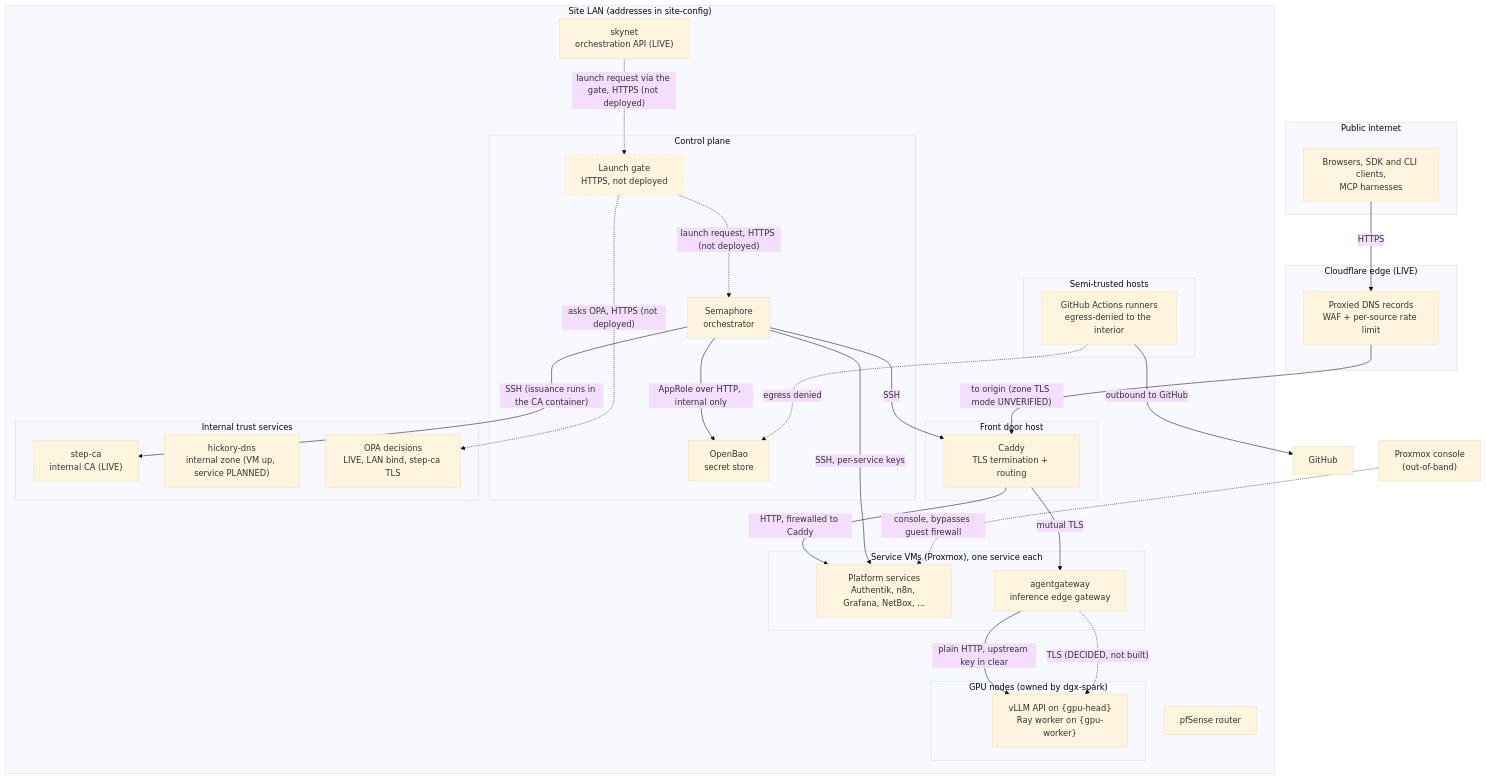
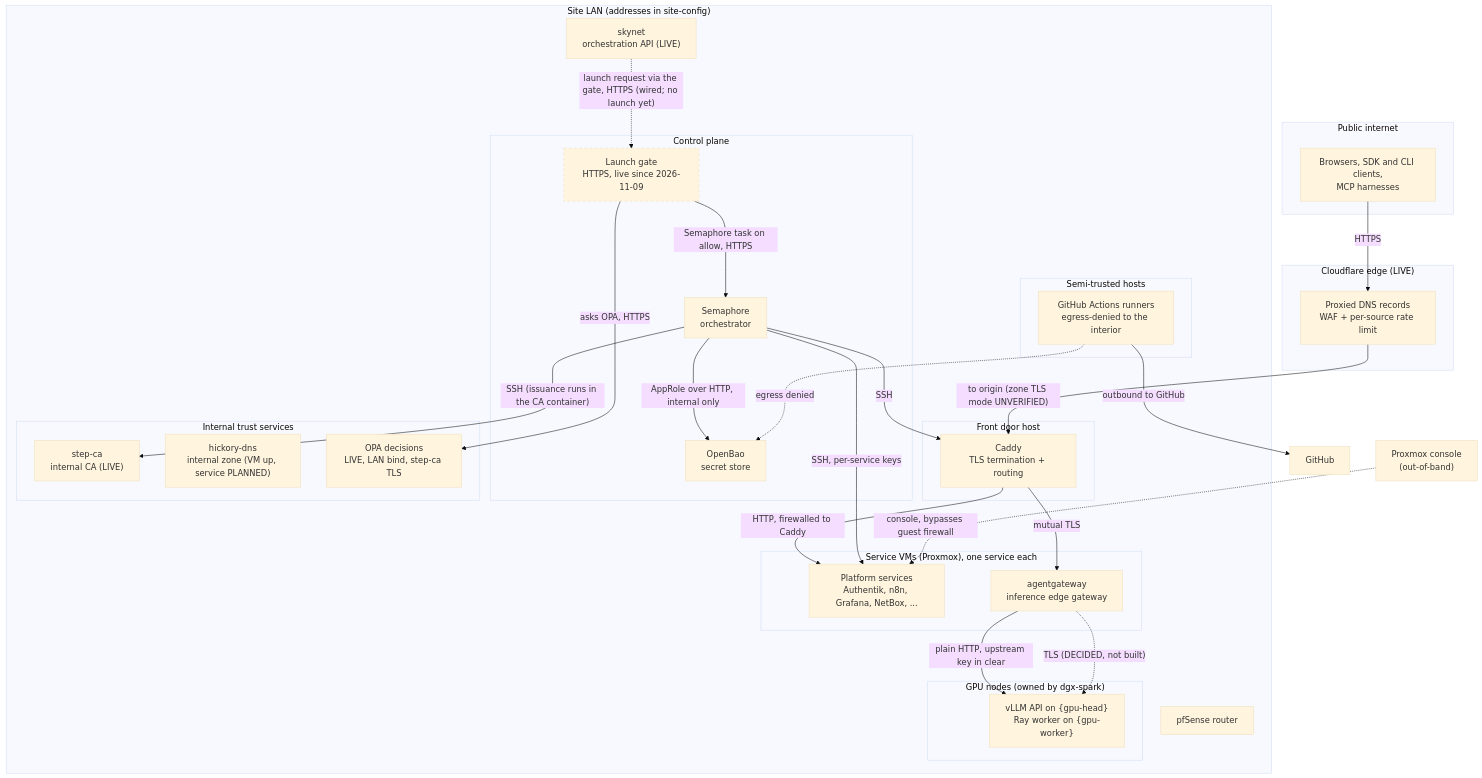
One commit to uhstray-io/agent-cloud changed the first of 14 diagrams in plan/architecture/network-architecture.md. Above: the diagram before and after it, drawn with Mermaid (base theme). The commit also changed other lines of this file and 34 other files, not shown here.

````diff
--- a/plan/architecture/network-architecture.md
+++ b/plan/architecture/network-architecture.md
@@ -87,59 +87,59 @@
 ```mermaid
 flowchart TB
     subgraph PUB["Public internet"]
         CLIENT["Browsers, SDK and CLI clients,<br/>MCP harnesses"]
     end
 
     subgraph EDGE["Cloudflare edge (LIVE)"]
         CF["Proxied DNS records<br/>WAF + per-source rate limit"]
     end
 
     subgraph LAN["Site LAN (addresses in site-config)"]
         subgraph FRONT["Front door host"]
             CADDY["Caddy<br/>TLS termination + routing"]
         end
         subgraph SVC["Service VMs (Proxmox), one service each"]
             APPS["Platform services<br/>Authentik, n8n, Grafana, NetBox, ..."]
             AGW["agentgateway<br/>inference edge gateway"]
         end
         subgraph CTRL["Control plane"]
             SEM["Semaphore<br/>orchestrator"]
             BAO["OpenBao<br/>secret store"]
-            LG["Launch gate<br/>HTTPS, not deployed"]
+            LG["Launch gate<br/>HTTPS, live since 2026-11-09"]
         end
         subgraph TRUST["Internal trust services"]
             CA["step-ca<br/>internal CA (LIVE)"]
             DNS["hickory-dns<br/>internal zone (VM up, service PLANNED)"]
             OPA["OPA decisions<br/>LIVE, LAN bind, step-ca TLS"]
         end
         subgraph GPU["GPU nodes (owned by dgx-spark)"]
             VLLM["vLLM API on {gpu-head}<br/>Ray worker on {gpu-worker}"]
         end
         subgraph SEMI["Semi-trusted hosts"]
             RUN["GitHub Actions runners<br/>egress-denied to the interior"]
         end
         SKY["skynet<br/>orchestration API (LIVE)"]
         PFS["pfSense router"]
     end
 
     PVE["Proxmox console<br/>(out-of-band)"]
 
     CLIENT -->|"HTTPS"| CF
     CF -->|"to origin (zone TLS mode UNVERIFIED)"| CADDY
     CADDY -->|"HTTP, firewalled to Caddy"| APPS
     CADDY -->|"mutual TLS"| AGW
     AGW -->|"plain HTTP, upstream key in clear"| VLLM
     AGW -. "TLS (DECIDED, not built)" .-> VLLM
     SEM -->|"SSH, per-service keys"| APPS
     SEM -->|"SSH"| CADDY
-    LG -. "launch request, HTTPS (not deployed)" .-> SEM
-    LG -. "asks OPA, HTTPS (not deployed)" .-> OPA
-    SKY -. "launch request via the gate, HTTPS (not deployed)" .-> LG
+    LG -->|"Semaphore task on allow, HTTPS"| SEM
+    LG -->|"asks OPA, HTTPS"| OPA
+    SKY -. "launch request via the gate, HTTPS (wired; no launch yet)" .-> LG
     SEM -->|"AppRole over HTTP, internal only"| BAO
     SEM -->|"SSH (issuance runs in the CA container)"| CA
     GH["GitHub"]
     RUN -->|"outbound to GitHub"| GH
     RUN -. "egress denied" .-> BAO
     PVE -. "console, bypasses guest firewall" .-> APPS
     style LG stroke-dasharray: 5 5
 ```
````
